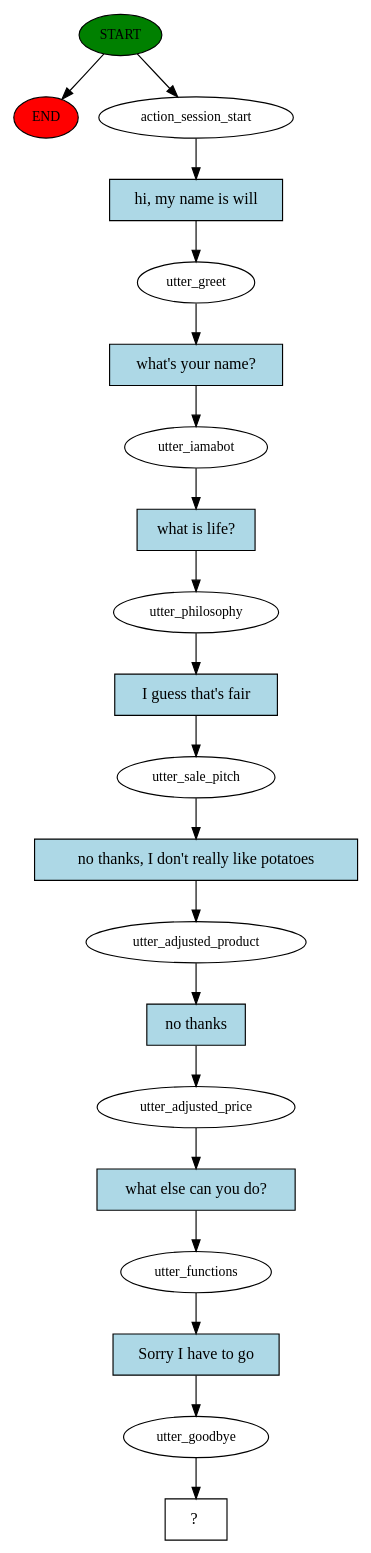
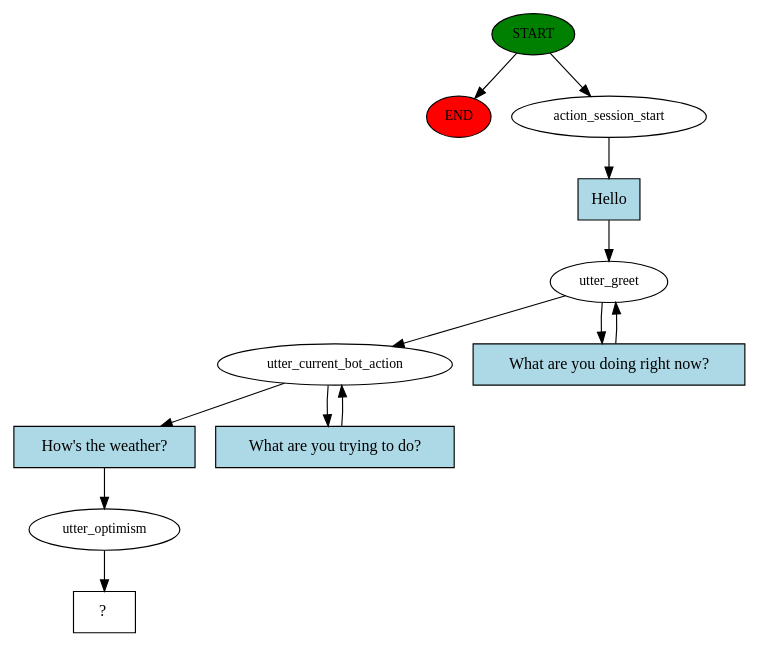
Before and after one commit to KazeShikaru/ChatBot: the diagram in rasa/story_graph.dot, drawn with Graphviz. The commit also changed 4 other files, not shown here.

```diff
--- a/rasa/story_graph.dot
+++ b/rasa/story_graph.dot
@@ -1,41 +1,25 @@
 digraph  {
 0 [class="start active", fillcolor=green, fontsize=12, label=START, style=filled];
 "-1" [class=end, fillcolor=red, fontsize=12, label=END, style=filled];
 1 [class=active, fontsize=12, label=action_session_start];
 2 [class=active, fontsize=12, label=utter_greet];
-3 [class=active, fontsize=12, label=utter_iamabot];
-4 [class=active, fontsize=12, label=utter_philosophy];
-5 [class=active, fontsize=12, label=utter_sale_pitch];
-6 [class=active, fontsize=12, label=utter_adjusted_product];
-7 [class=active, fontsize=12, label=utter_adjusted_price];
-8 [class=active, fontsize=12, label=utter_functions];
-9 [class=active, fontsize=12, label=utter_goodbye];
-10 [class="intent dashed active", label="  ?  ", shape=rect];
-11 [class="intent active", fillcolor=lightblue, label="hi, my name is will", shape=rect, style=filled];
-12 [class="intent active", fillcolor=lightblue, label="what's your name?", shape=rect, style=filled];
-13 [class="intent active", fillcolor=lightblue, label="what is life?", shape=rect, style=filled];
-14 [class="intent active", fillcolor=lightblue, label="I guess that's fair", shape=rect, style=filled];
-15 [class="intent active", fillcolor=lightblue, label="no thanks, I don't really like potatoes", shape=rect, style=filled];
-16 [class="intent active", fillcolor=lightblue, label="no thanks", shape=rect, style=filled];
-17 [class="intent active", fillcolor=lightblue, label="what else can you do?", shape=rect, style=filled];
-18 [class="intent active", fillcolor=lightblue, label="Sorry I have to go", shape=rect, style=filled];
+4 [class=active, fontsize=12, label=utter_current_bot_action];
+6 [class=active, fontsize=12, label=utter_optimism];
+7 [class="intent dashed active", label="  ?  ", shape=rect];
+8 [class="intent active", fillcolor=lightblue, label=Hello, shape=rect, style=filled];
+9 [class="intent active", fillcolor=lightblue, label="What are you doing right now?", shape=rect, style=filled];
+10 [class="intent active", fillcolor=lightblue, label="How's the weather?", shape=rect, style=filled];
+11 [class="intent active", fillcolor=lightblue, label="What are you trying to do?", shape=rect, style=filled];
 0 -> "-1"  [class="", key=NONE, label=""];
 0 -> 1  [class=active, key=NONE, label=""];
-1 -> 11  [class=active, key=0];
-2 -> 12  [class=active, key=0];
-3 -> 13  [class=active, key=0];
-4 -> 14  [class=active, key=0];
-5 -> 15  [class=active, key=0];
-6 -> 16  [class=active, key=0];
-7 -> 17  [class=active, key=0];
-8 -> 18  [class=active, key=0];
-9 -> 10  [class=active, key=NONE, label=""];
-11 -> 2  [class=active, key=0];
-12 -> 3  [class=active, key=0];
-13 -> 4  [class=active, key=0];
-14 -> 5  [class=active, key=0];
-15 -> 6  [class=active, key=0];
-16 -> 7  [class=active, key=0];
-17 -> 8  [class=active, key=0];
-18 -> 9  [class=active, key=0];
+1 -> 8  [class=active, key=0];
+2 -> 4  [class=active, key=NONE, label=""];
+2 -> 9  [class=active, key=0];
+4 -> 10  [class=active, key=0];
+4 -> 11  [class=active, key=0];
+6 -> 7  [class=active, key=NONE, label=""];
+8 -> 2  [class=active, key=0];
+9 -> 2  [class=active, key=0];
+10 -> 6  [class=active, key=0];
+11 -> 4  [class=active, key=0];
 }
```
